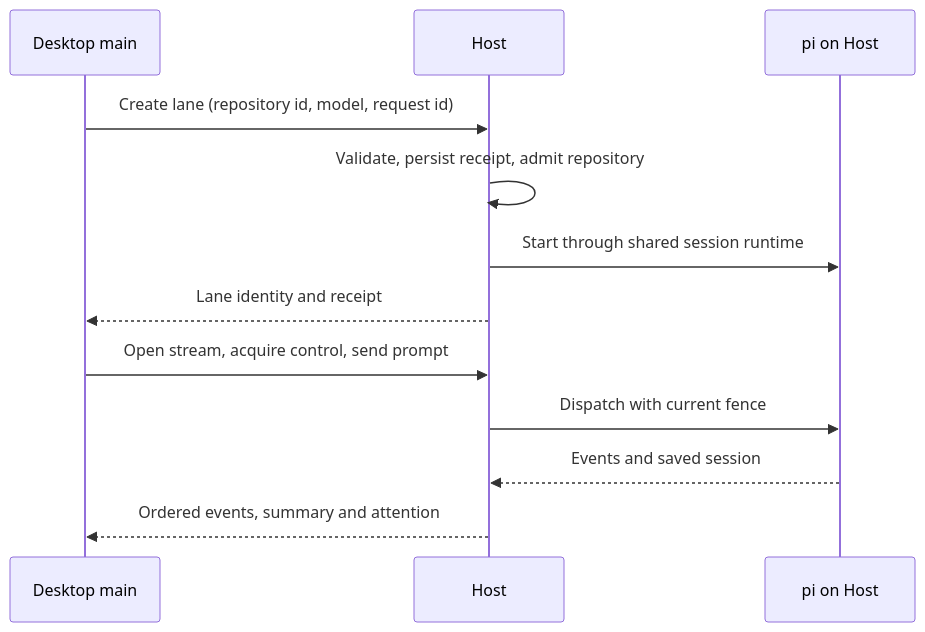
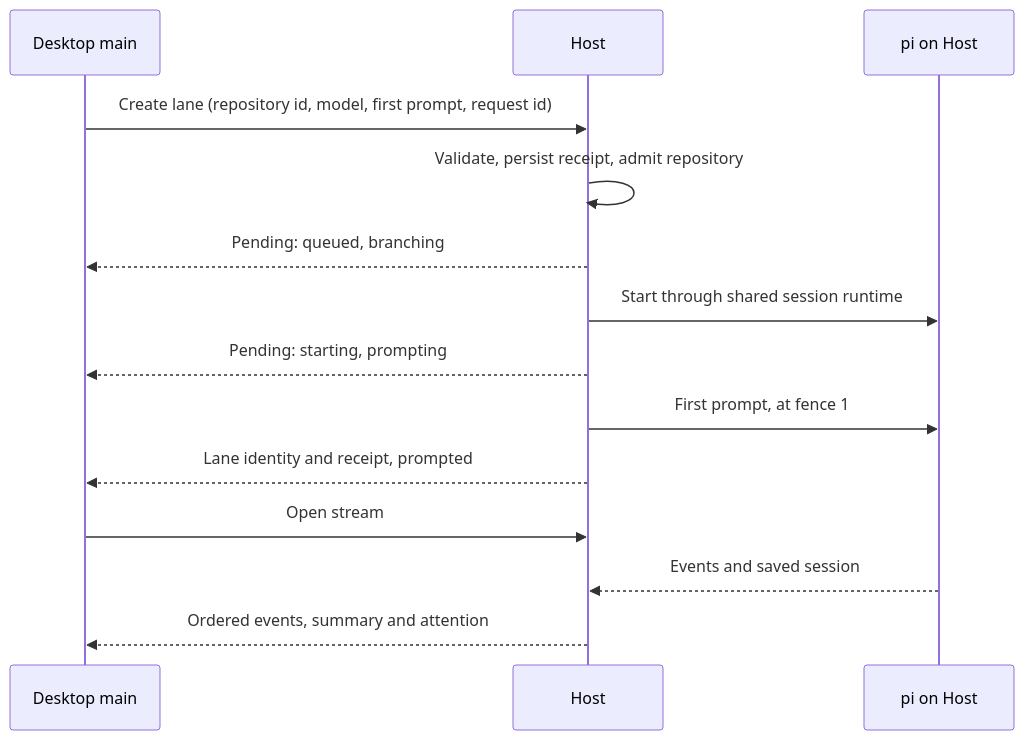
One commit to agustinsacco/phosphor changed the third of 3 diagrams in docs/remote-access.md. Above: the diagram before and after it, drawn with Mermaid. The commit also changed other lines of this file and 2 other files, not shown here.

Commit message:
docs(lane-start): starting a lane in one round trip

````diff
--- a/docs/remote-access.md
+++ b/docs/remote-access.md
@@ -103,14 +103,16 @@
 ```mermaid
 sequenceDiagram
   participant D as Desktop main
   participant H as Host
   participant P as pi on Host
-  D->>H: Create lane (repository id, model, request id)
+  D->>H: Create lane (repository id, model, first prompt, request id)
   H->>H: Validate, persist receipt, admit repository
+  H-->>D: Pending: queued, branching
   H->>P: Start through shared session runtime
-  H-->>D: Lane identity and receipt
-  D->>H: Open stream, acquire control, send prompt
-  H->>P: Dispatch with current fence
+  H-->>D: Pending: starting, prompting
+  H->>P: First prompt, at fence 1
+  H-->>D: Lane identity and receipt, prompted
+  D->>H: Open stream
   P-->>H: Events and saved session
   H-->>D: Ordered events, summary and attention
 ```
````
